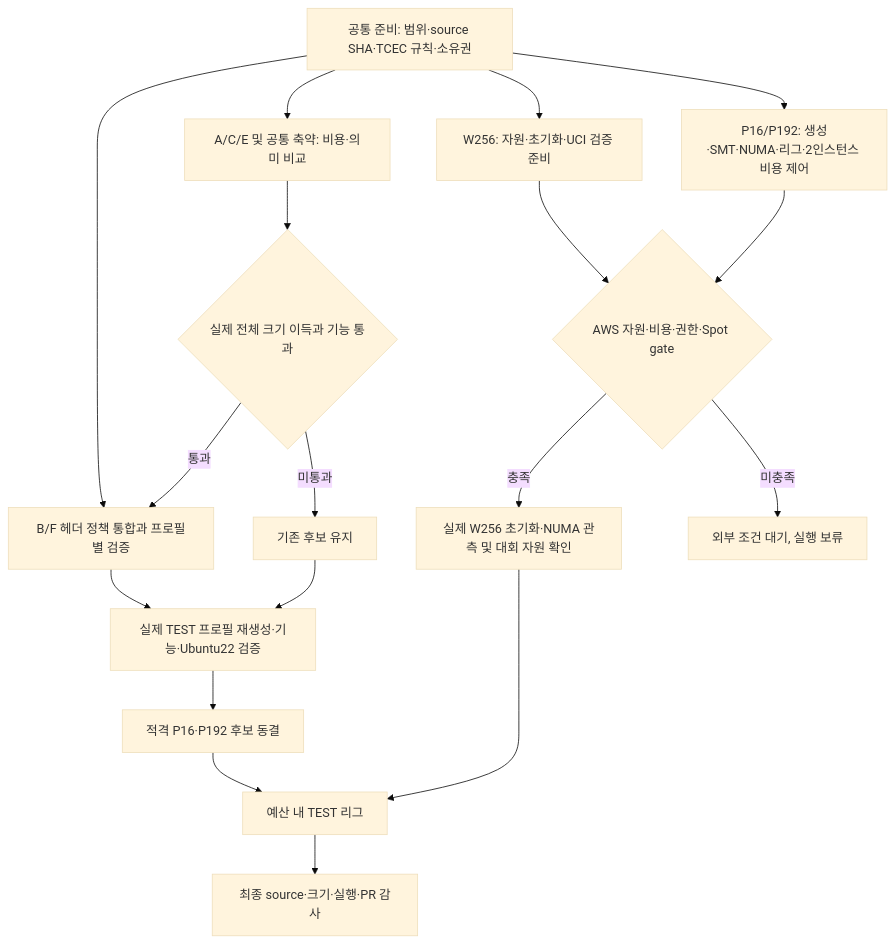
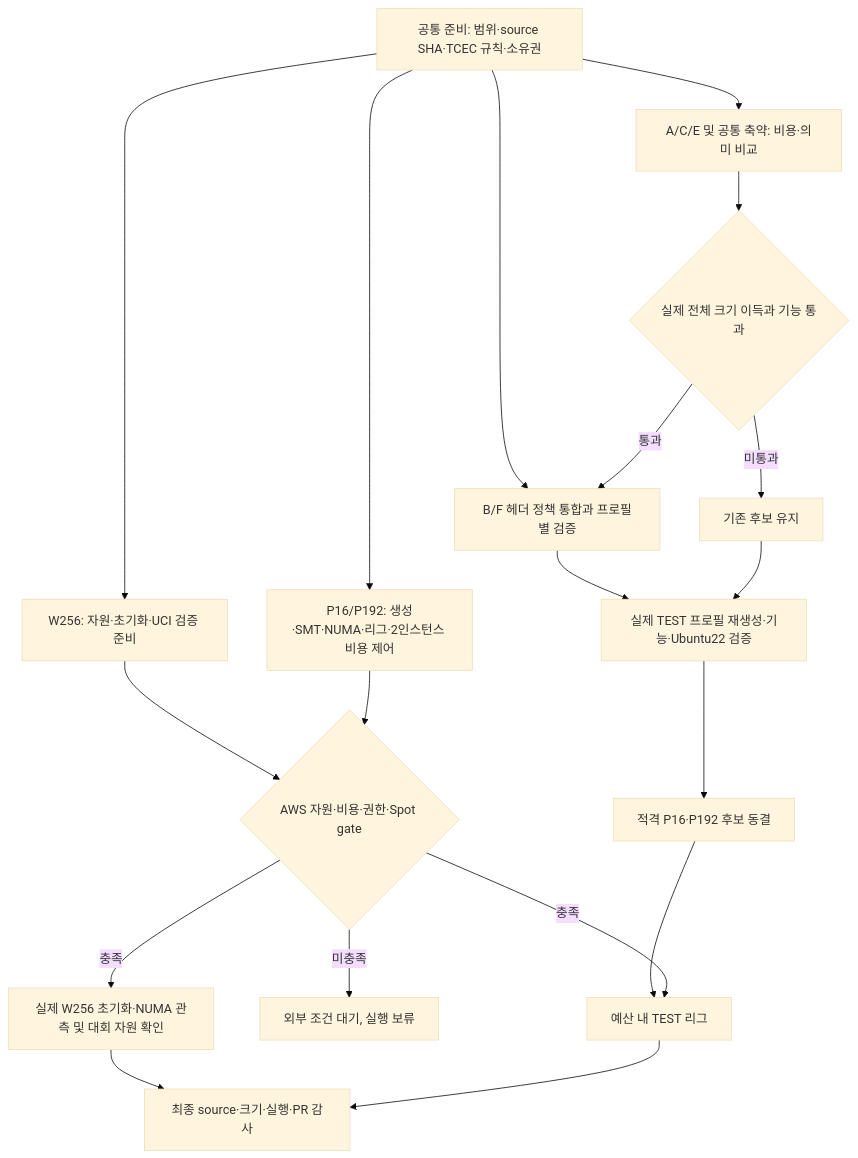
One commit to daejunnom/Rove4k changed the first of 5 diagrams in docs/ENGINE-PLAN.ko.md. Above: the diagram before and after it, drawn with Mermaid (base theme). The commit also changed other lines of this file and 2 other files, not shown here.

````diff
--- a/docs/ENGINE-PLAN.ko.md
+++ b/docs/ENGINE-PLAN.ko.md
@@ -115,20 +122,21 @@
 ```mermaid
 flowchart TD
   P[공통 준비: 범위·source SHA·TCEC 규칙·소유권] --> H[B/F 헤더 정책 통합과 프로필별 검증]
   P --> C[A/C/E 및 공통 축약: 비용·의미 비교]
   P --> W[W256: 자원·초기화·UCI 검증 준비]
   P --> R[P16/P192: 생성·SMT·NUMA·리그·2인스턴스 비용 제어]
   C --> S{실제 전체 크기 이득과 기능 통과}
   S -->|통과| H
   S -->|미통과| K[기존 후보 유지]
   H --> V[실제 TEST 프로필 재생성·기능·Ubuntu22 검증]
   K --> V
   W --> G{AWS 자원·비용·권한·Spot gate}
   R --> G
   V --> Q[적격 P16·P192 후보 동결]
   G -->|충족| X[실제 W256 초기화·NUMA 관측 및 대회 자원 확인]
   G -->|미충족| B[외부 조건 대기, 실행 보류]
   Q --> L[예산 내 TEST 리그]
-  X --> L
+  G -->|충족| L
+  X --> A[최종 source·크기·실행·PR 감사]
   L --> A[최종 source·크기·실행·PR 감사]
 ```
````
